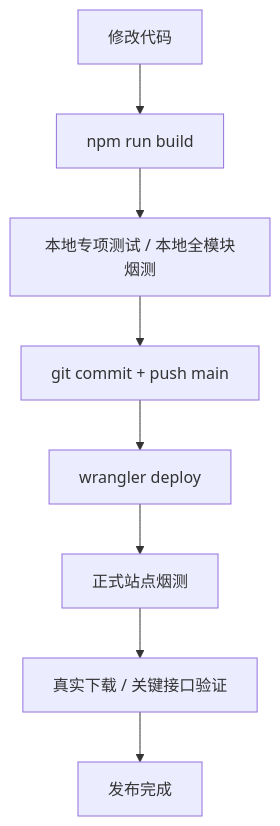
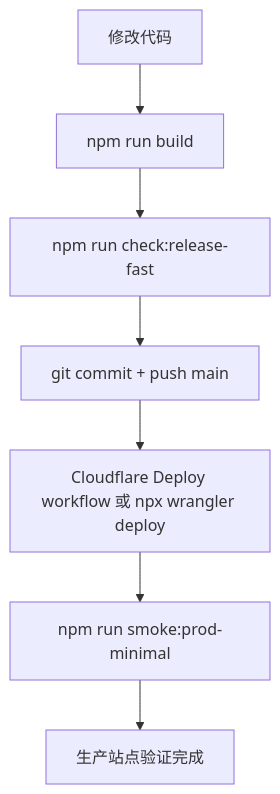
One commit to loru12321/school-system changed the diagram in README.md. Above: the diagram before and after it, drawn with Mermaid. The commit also changed other lines of this file and 136 other files, not shown here.

````diff
--- a/README.md
+++ b/README.md
@@ -121,10 +41,9 @@
 ```mermaid
 flowchart TD
     A["修改代码"] --> B["npm run build"]
-    B --> C["本地专项测试 / 本地全模块烟测"]
+    B --> C["npm run check:release-fast"]
     C --> D["git commit + push main"]
-    D --> E["wrangler deploy"]
-    E --> F["正式站点烟测"]
-    F --> G["真实下载 / 关键接口验证"]
-    G --> H["发布完成"]
+    D --> E["Cloudflare Deploy workflow 或 npx wrangler deploy"]
+    E --> F["npm run smoke:prod-minimal"]
+    F --> G["生产站点验证完成"]
 ```
````
